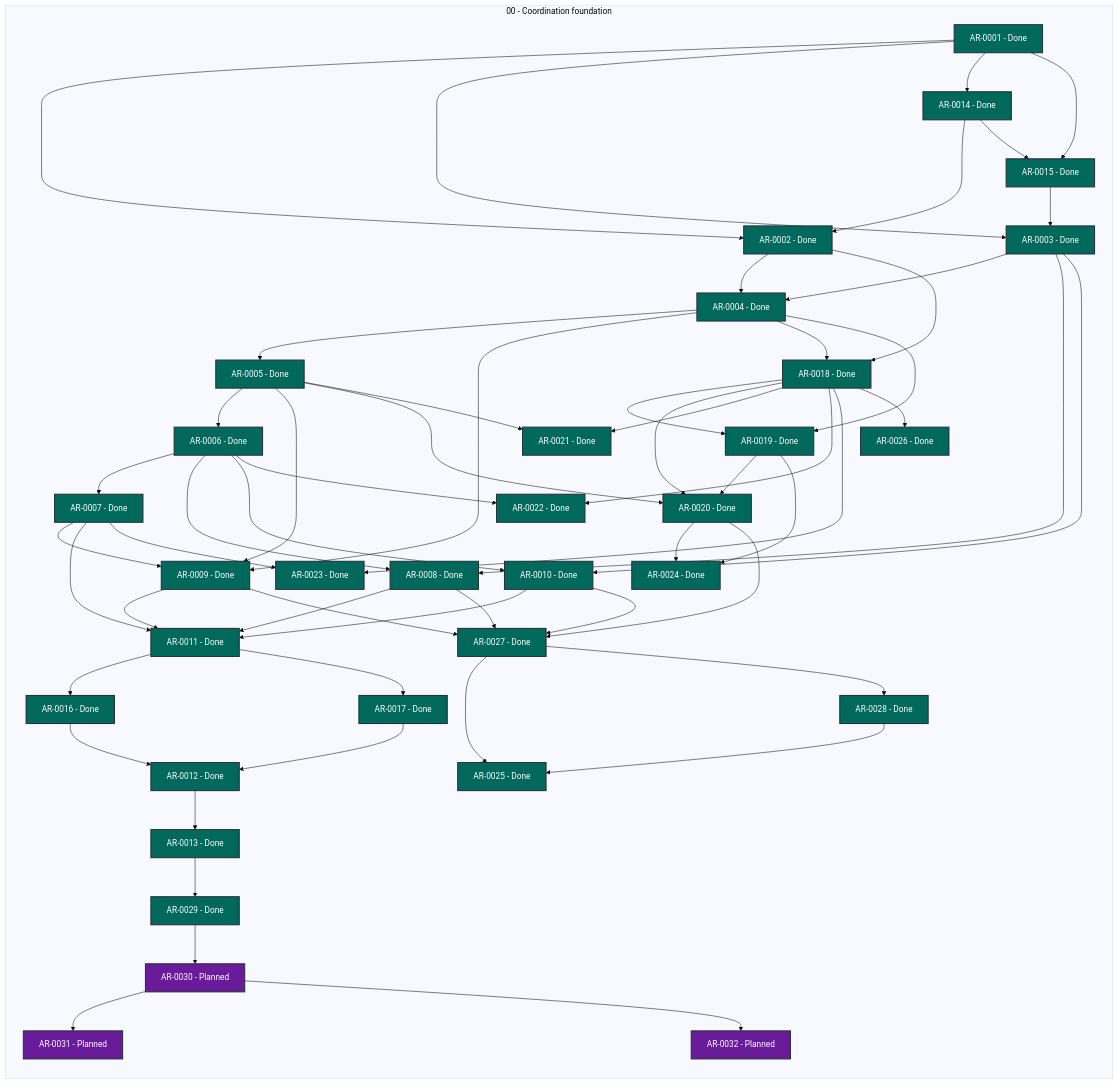
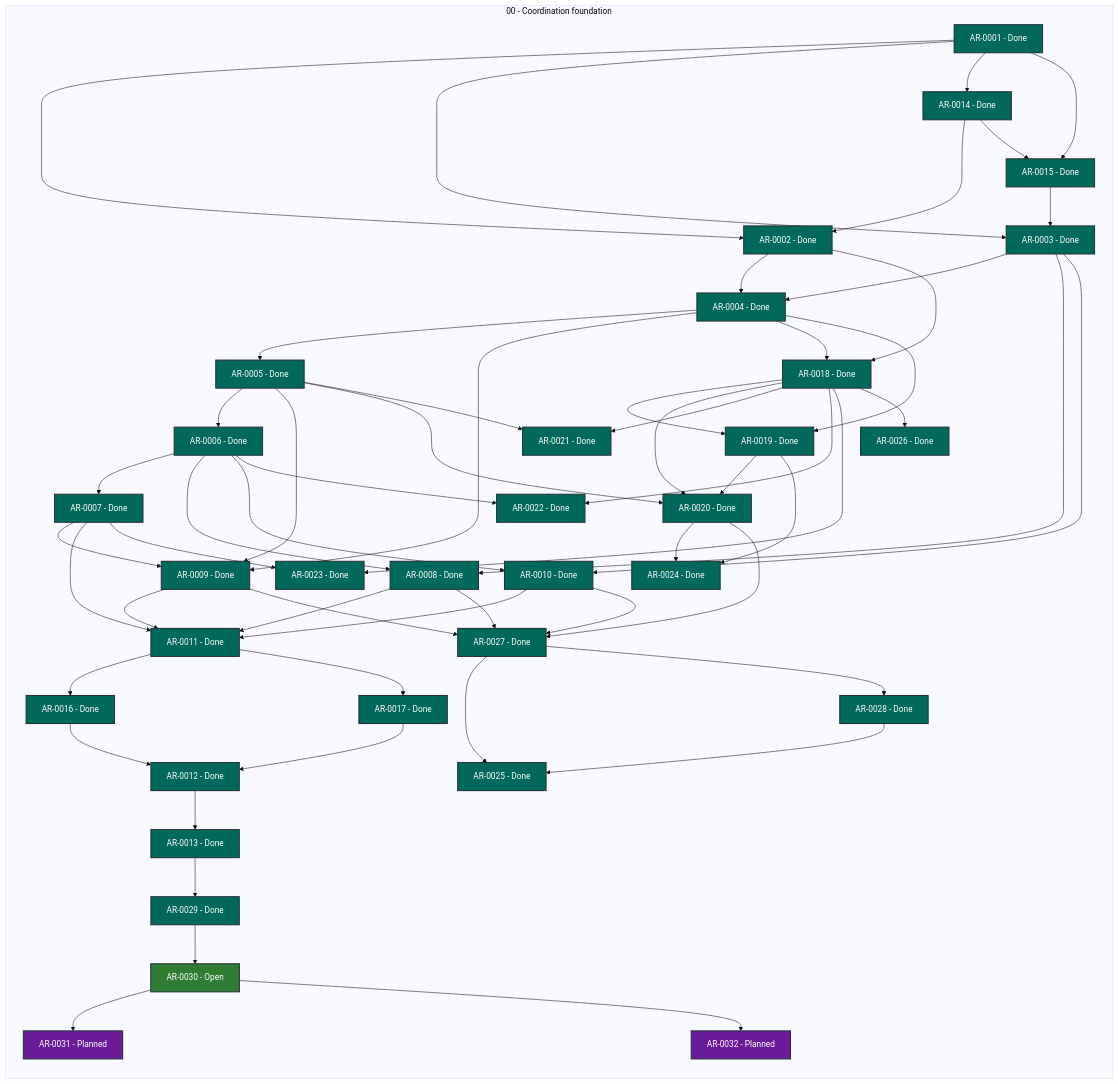
One commit to martin-beck/agent-workflow-tui-state changed the diagram in STATUS.md. Above: the diagram before and after it, drawn with Mermaid (base theme). The commit also changed other lines of this file and 2 other files, not shown here.

```diff
--- a/STATUS.md
+++ b/STATUS.md
@@ -57,7 +57,7 @@
         AR_0027["AR-0027 - Done"]:::status_done
         AR_0028["AR-0028 - Done"]:::status_done
         AR_0029["AR-0029 - Done"]:::status_done
-        AR_0030["AR-0030 - Planned"]:::status_planned
+        AR_0030["AR-0030 - Open"]:::status_open
         AR_0031["AR-0031 - Planned"]:::status_planned
         AR_0032["AR-0032 - Planned"]:::status_planned
     end
```
